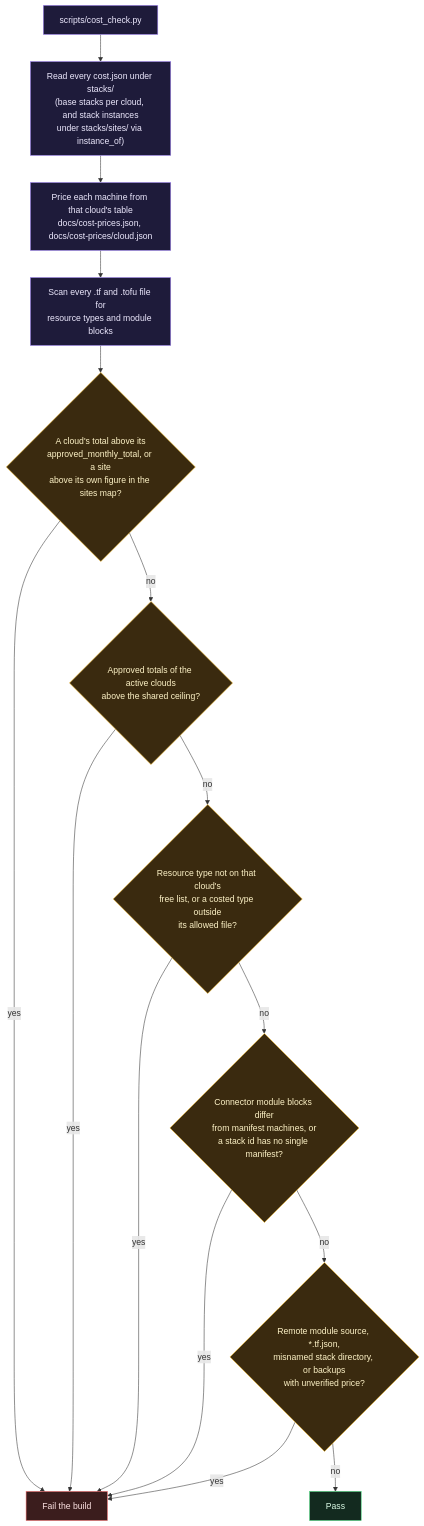
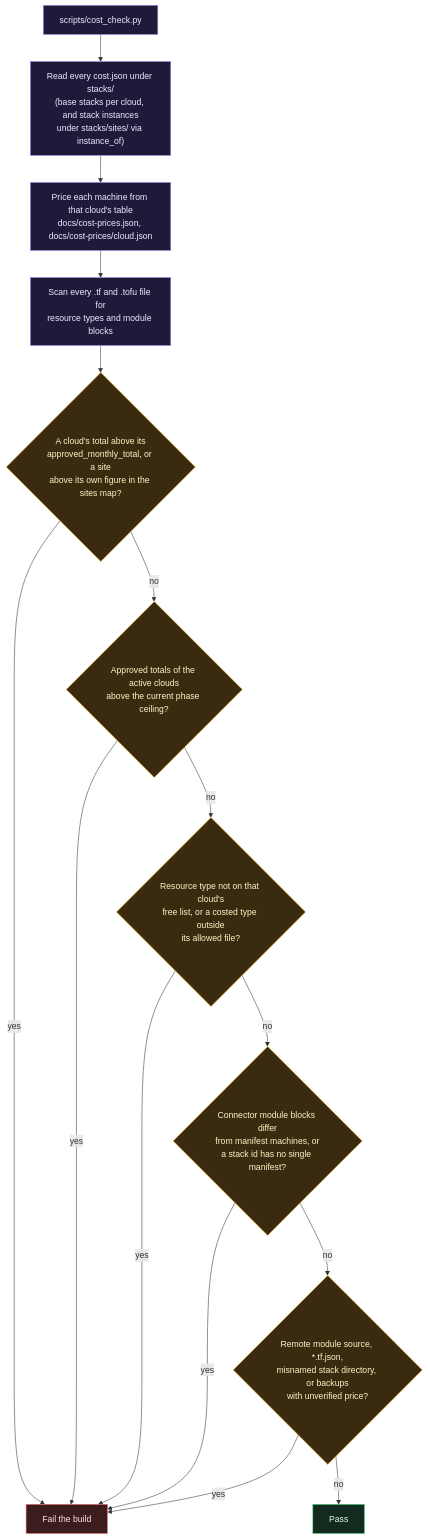
One commit to ChiefGyk3D/Clouds-Against-Humanity changed the second of 2 diagrams in docs/wiki/CI-Tests-and-Cost-Gate.md. Above: the diagram before and after it, drawn with Mermaid. The commit also changed other lines of this file and 28 other files, not shown here.

First line of the commit message:
feat(cost-gate): a ceiling per phase, raised deliberately

````diff
--- a/docs/wiki/CI-Tests-and-Cost-Gate.md
+++ b/docs/wiki/CI-Tests-and-Cost-Gate.md
@@ -55,30 +55,30 @@
 ```mermaid
 flowchart TD
     start["scripts/cost_check.py"]:::ctrl
     read["Read every cost.json under stacks/<br/>(base stacks per cloud, and stack instances<br/>under stacks/sites/ via instance_of)"]:::ctrl
     price["Price each machine from that cloud's table<br/>docs/cost-prices.json, docs/cost-prices/cloud.json"]:::ctrl
     scan["Scan every .tf and .tofu file for<br/>resource types and module blocks"]:::ctrl
     q1{"A cloud's total above its<br/>approved_monthly_total, or a site<br/>above its own figure in the sites map?"}:::warn
-    q1b{"Approved totals of the active clouds<br/>above the shared ceiling?"}:::warn
+    q1b{"Approved totals of the active clouds<br/>above the current phase ceiling?"}:::warn
     q2{"Resource type not on that cloud's<br/>free list, or a costed type outside<br/>its allowed file?"}:::warn
     q3{"Connector module blocks differ<br/>from manifest machines, or<br/>a stack id has no single manifest?"}:::warn
     q4{"Remote module source, *.tf.json,<br/>misnamed stack directory, or backups<br/>with unverified price?"}:::warn
     fail["Fail the build"]:::ext
     pass["Pass"]:::you
     start --> read --> price --> scan --> q1
     q1 -- "yes" --> fail
     q1 -- "no" --> q1b
     q1b -- "yes" --> fail
     q1b -- "no" --> q2
     q2 -- "yes" --> fail
     q2 -- "no" --> q3
     q3 -- "yes" --> fail
     q3 -- "no" --> q4
     q4 -- "yes" --> fail
     q4 -- "no" --> pass
 
     classDef you fill:#132a1f,stroke:#4ade80,color:#dcfce7
     classDef ext fill:#3b1d1d,stroke:#f87171,color:#fde2e2
     classDef ctrl fill:#1e1b3a,stroke:#a78bfa,color:#ede9fe
     classDef warn fill:#3a2a0f,stroke:#fbbf24,color:#fef3c7
 ```
````
